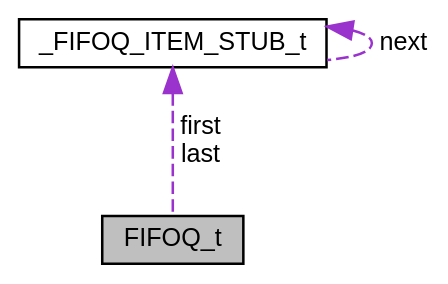
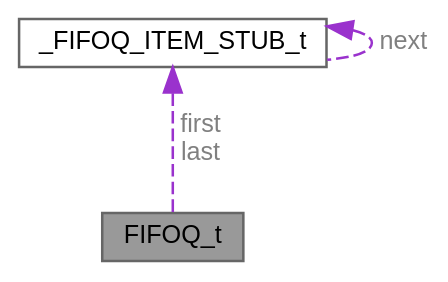
One commit to ebs-universe/piolib-ds changed the diagram in struct_f_i_f_o_q__t__coll__graph.dot. Above: the diagram before and after it, drawn with Graphviz. The commit also changed 536 other files, not shown here.

```diff
--- a/struct_f_i_f_o_q__t__coll__graph.dot
+++ b/struct_f_i_f_o_q__t__coll__graph.dot
@@ -1,12 +1,12 @@
 digraph "FIFOQ_t"
 {
  // INTERACTIVE_SVG=YES
  // LATEX_PDF_SIZE
   bgcolor="transparent";
-  edge [fontname="Helvetica",fontsize="10",labelfontname="Helvetica",labelfontsize="10"];
-  node [fontname="Helvetica",fontsize="10",shape=record];
-  Node1 [label="FIFOQ_t",height=0.2,width=0.4,color="black", fillcolor="grey75", style="filled", fontcolor="black",tooltip=" "];
-  Node2 -> Node1 [dir="back",color="darkorchid3",fontsize="10",style="dashed",label=" first\nlast" ,fontname="Helvetica"];
-  Node2 [label="_FIFOQ_ITEM_STUB_t",height=0.2,width=0.4,color="black",URL="$struct___f_i_f_o_q___i_t_e_m___s_t_u_b__t.html",tooltip=" "];
-  Node2 -> Node2 [dir="back",color="darkorchid3",fontsize="10",style="dashed",label=" next" ,fontname="Helvetica"];
+  edge [fontname=Helvetica,fontsize=10,labelfontname=Helvetica,labelfontsize=10];
+  node [fontname=Helvetica,fontsize=10,shape=box,height=0.2,width=0.4];
+  Node1 [id="Node000001",label="FIFOQ_t",height=0.2,width=0.4,color="gray40", fillcolor="grey60", style="filled", fontcolor="black",tooltip=" "];
+  Node2 -> Node1 [id="edge1_Node000001_Node000002",dir="back",color="darkorchid3",style="dashed",tooltip=" ",label=" first\nlast",fontcolor="grey" ];
+  Node2 [id="Node000002",label="_FIFOQ_ITEM_STUB_t",height=0.2,width=0.4,color="gray40", fillcolor="white", style="filled",URL="$fifoq_8h.html#struct___f_i_f_o_q___i_t_e_m___s_t_u_b__t",tooltip=" "];
+  Node2 -> Node2 [id="edge2_Node000002_Node000002",dir="back",color="darkorchid3",style="dashed",tooltip=" ",label=" next",fontcolor="grey" ];
 }
```
